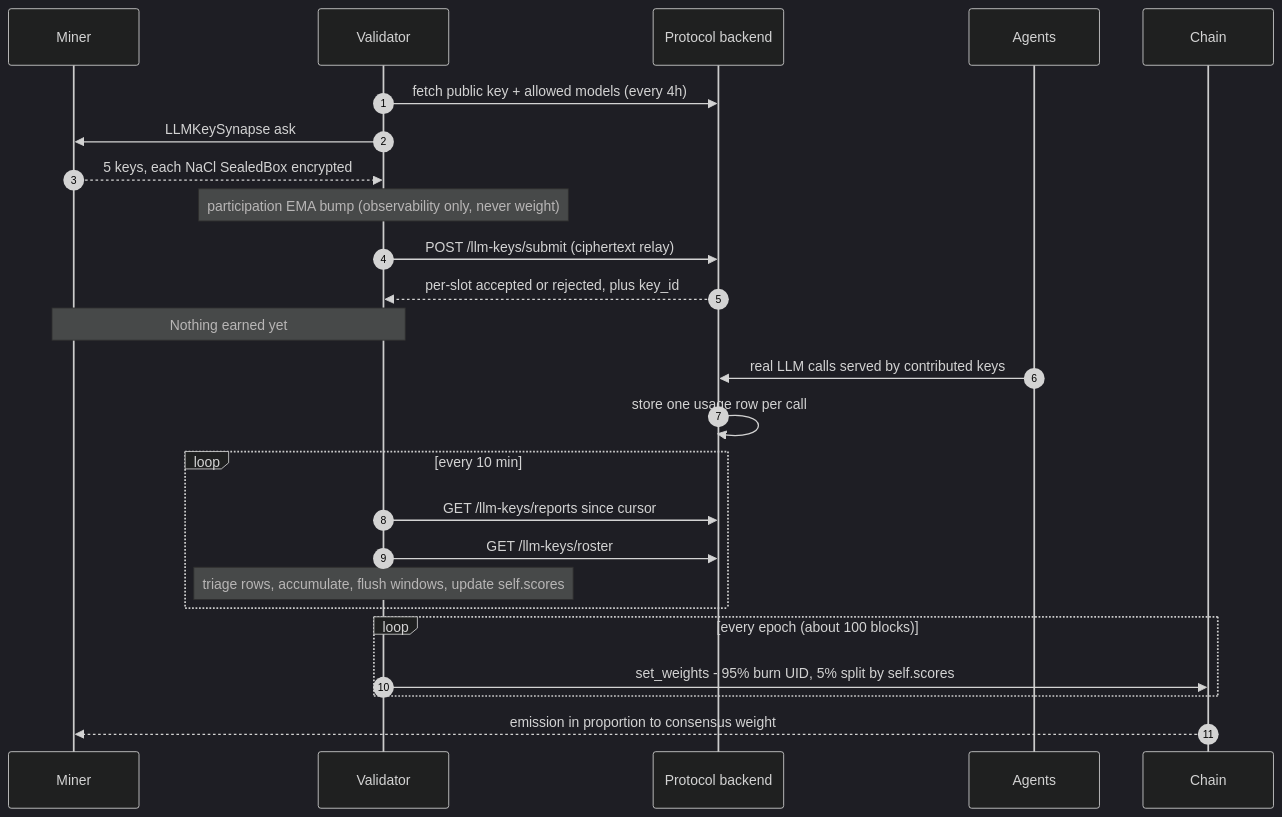
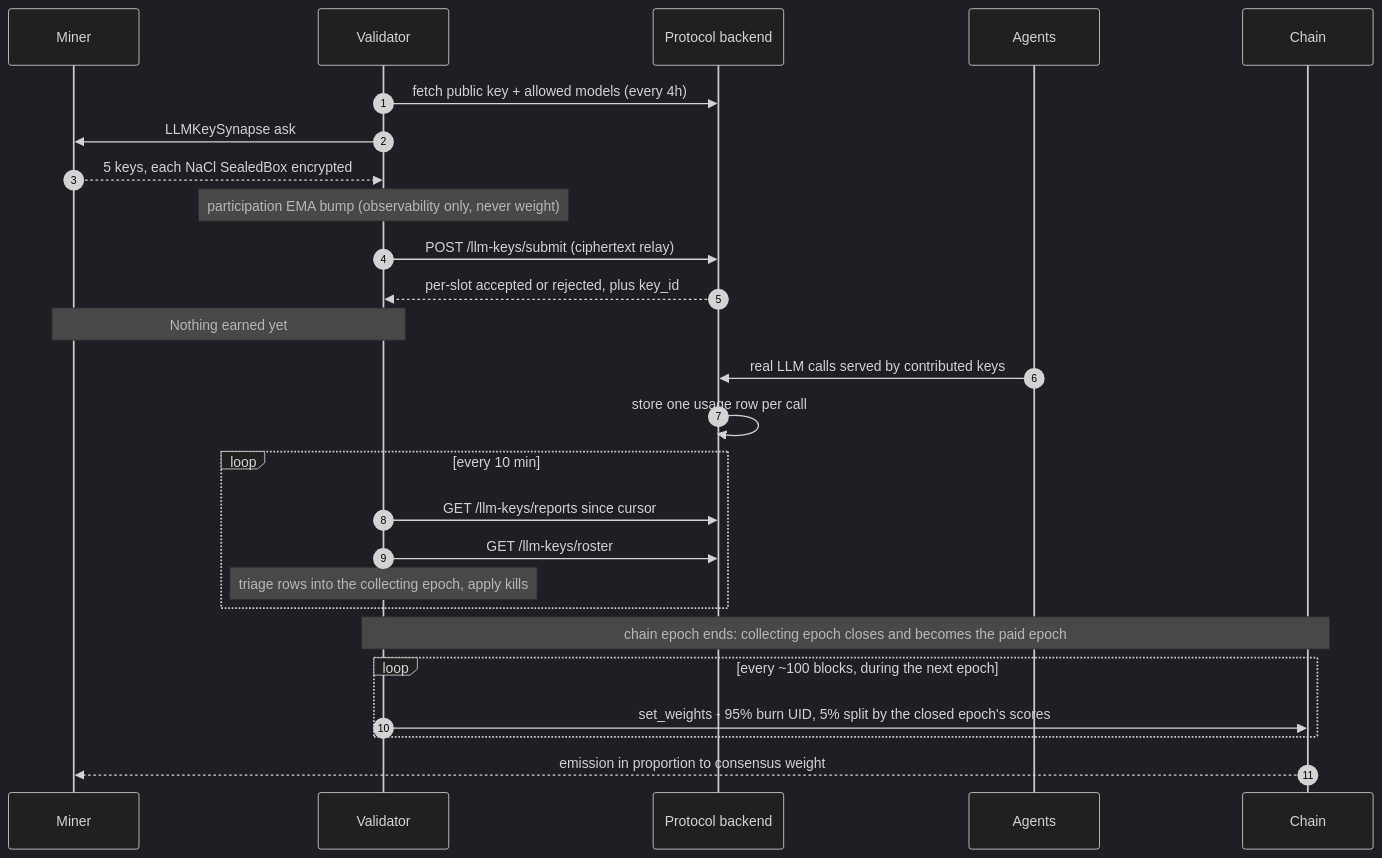
The first of 6 diagrams in docs/scoring.md (taostatus/taostatus-subnet), drawn with Mermaid (dark theme) before and after one commit. The commit also changed other lines of this file and 11 other files, not shown here.

````diff
--- a/docs/scoring.md
+++ b/docs/scoring.md
@@ -31,28 +34,29 @@
 ```mermaid
 sequenceDiagram
     autonumber
     participant M as Miner
     participant V as Validator
     participant P as Protocol backend
     participant A as Agents
     participant C as Chain
 
     V->>P: fetch public key + allowed models (every 4h)
     V->>M: LLMKeySynapse ask
     M-->>V: 5 keys, each NaCl SealedBox encrypted
     Note over V: participation EMA bump (observability only, never weight)
     V->>P: POST /llm-keys/submit (ciphertext relay)
     P-->>V: per-slot accepted or rejected, plus key_id
     Note over M,V: Nothing earned yet
     A->>P: real LLM calls served by contributed keys
     P->>P: store one usage row per call
     loop every 10 min
         V->>P: GET /llm-keys/reports since cursor
         V->>P: GET /llm-keys/roster
-        Note over V: triage rows, accumulate, flush windows, update self.scores
+        Note over V: triage rows into the collecting epoch, apply kills
     end
-    loop every epoch (about 100 blocks)
-        V->>C: set_weights - 95% burn UID, 5% split by self.scores
+    Note over V,C: chain epoch ends: collecting epoch closes and becomes the paid epoch
+    loop every ~100 blocks, during the next epoch
+        V->>C: set_weights - 95% burn UID, 5% split by the closed epoch's scores
     end
     C-->>M: emission in proportion to consensus weight
 ```
````
